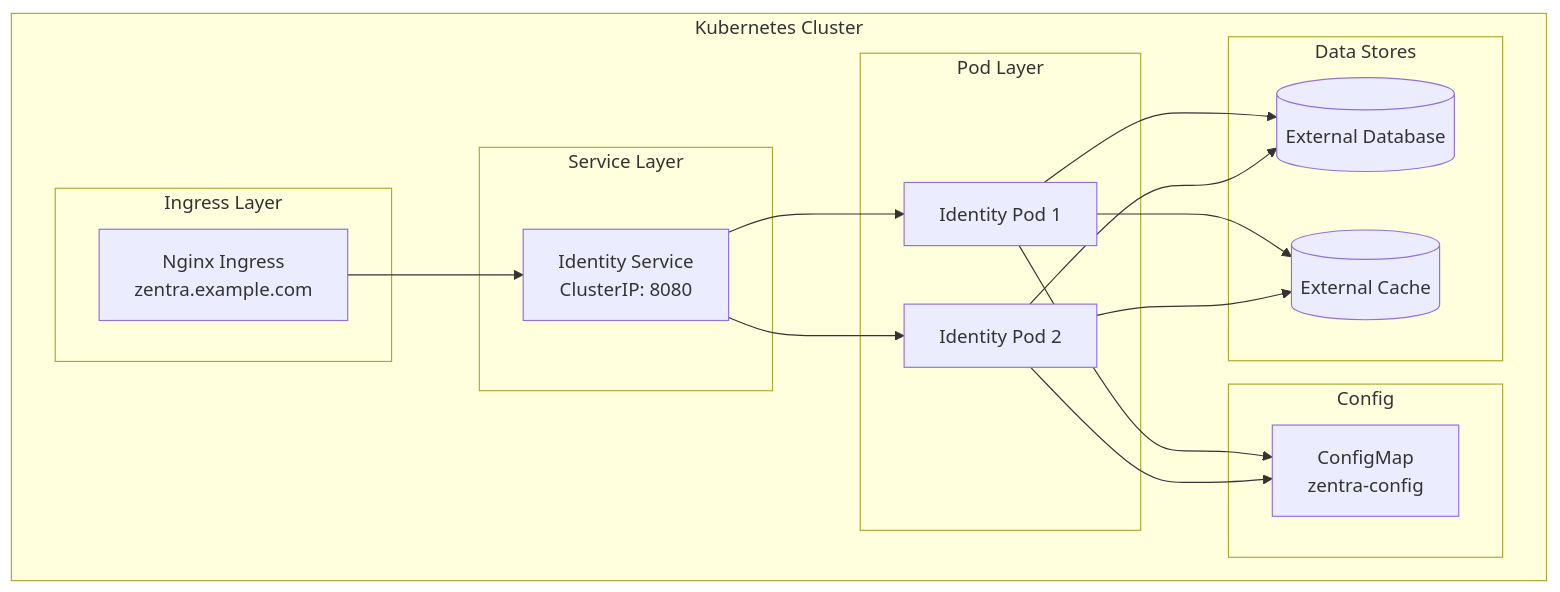
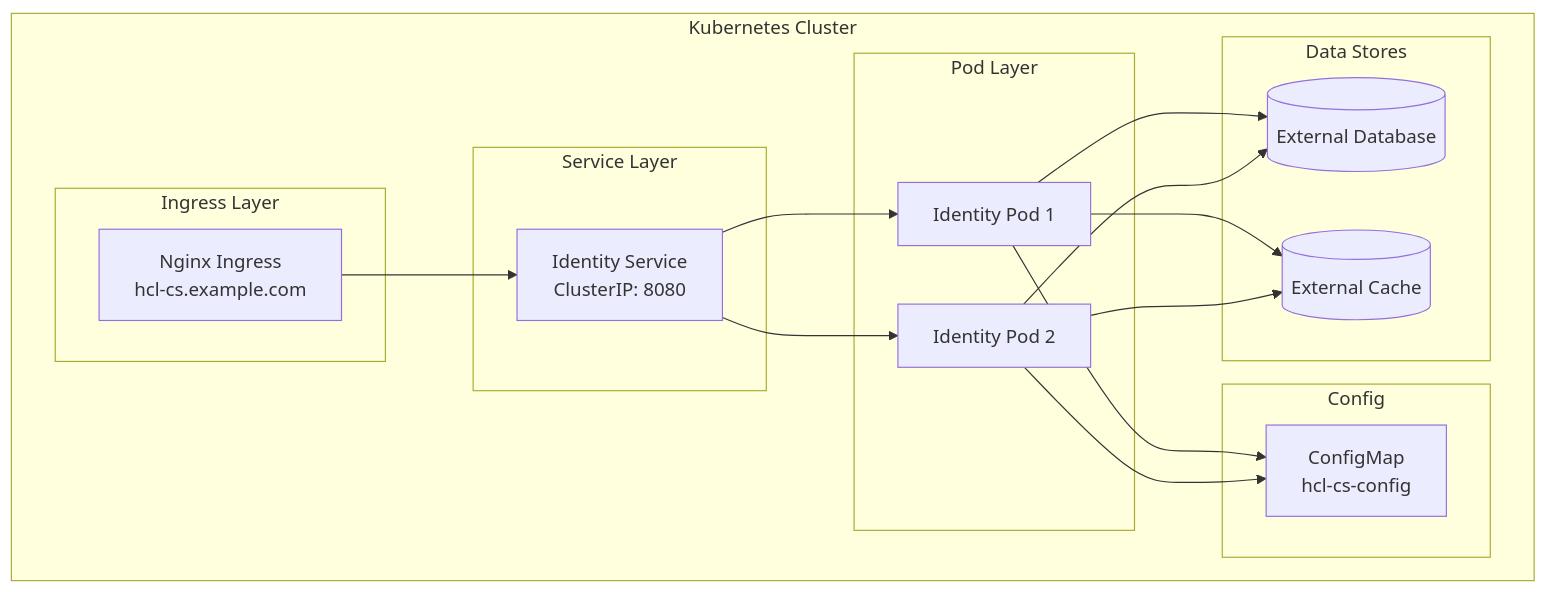
One commit to feroz-hub/SF changed diagram 11 of 11 in docs/02-ARCHITECTURE.md. Above: the diagram before and after it, drawn with Mermaid. The commit also changed other lines of this file and 2233 other files, not shown here.

````diff
--- a/docs/02-ARCHITECTURE.md
+++ b/docs/02-ARCHITECTURE.md
@@ -581,38 +581,38 @@
 ```mermaid
 flowchart TB
     subgraph "Kubernetes Cluster"
         subgraph "Ingress Layer"
-            INGRESS[Nginx Ingress<br/>zentra.example.com]
+            INGRESS[Nginx Ingress<br/>hcl-cs.example.com]
         end
         
         subgraph "Service Layer"
             SVC_ID[Identity Service<br/>ClusterIP: 8080]
         end
         
         subgraph "Pod Layer"
             ID_POD1[Identity Pod 1]
             ID_POD2[Identity Pod 2]
         end
         
         subgraph "Config"
-            CM[ConfigMap<br/>zentra-config]
+            CM[ConfigMap<br/>hcl-cs-config]
         end
         
         subgraph "Data Stores"
             EXT_DB[(External Database)]
             EXT_CACHE[(External Cache)]
         end
     end
     
     INGRESS --> SVC_ID
     SVC_ID --> ID_POD1
     SVC_ID --> ID_POD2
     
     ID_POD1 --> CM
     ID_POD2 --> CM
     
     ID_POD1 --> EXT_DB
     ID_POD1 --> EXT_CACHE
     ID_POD2 --> EXT_DB
     ID_POD2 --> EXT_CACHE
 ```
````
